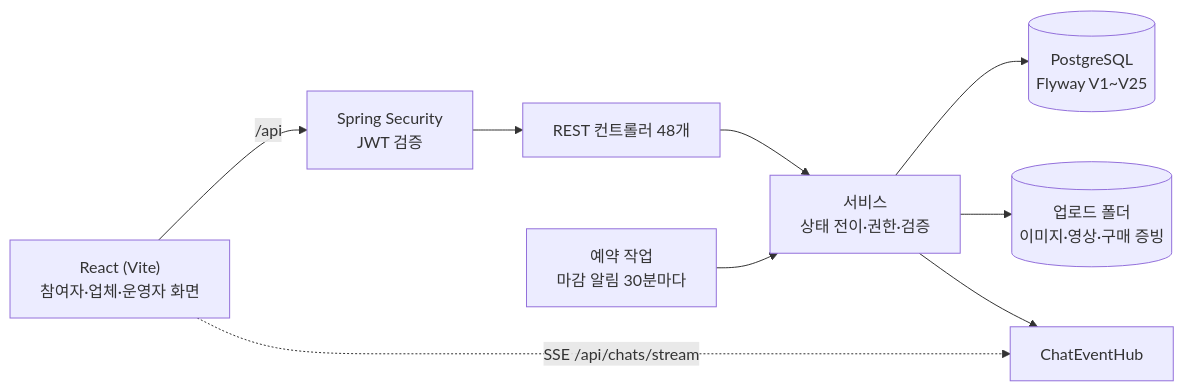
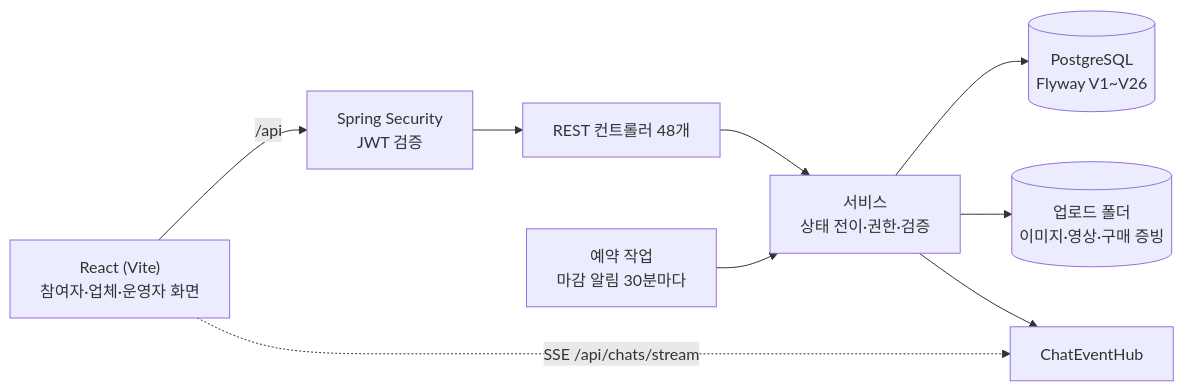
Before and after one commit to yoo-jin-k/movrit-backend: the first of 2 diagrams in README.md, drawn with Mermaid. The commit also changed other lines of this file and 14 other files, not shown here.

````diff
--- a/README.md
+++ b/README.md
@@ -74,10 +74,10 @@
 ```mermaid
 flowchart LR
   FE["React (Vite)<br/>참여자·업체·운영자 화면"] -- "/api" --> SEC["Spring Security<br/>JWT 검증"]
   FE -. "SSE /api/chats/stream" .-> CHAT["ChatEventHub"]
   SEC --> API["REST 컨트롤러 48개"] --> SVC["서비스<br/>상태 전이·권한·검증"]
-  SVC --> DB[("PostgreSQL<br/>Flyway V1~V25")]
+  SVC --> DB[("PostgreSQL<br/>Flyway V1~V26")]
   SVC --> FS[("업로드 폴더<br/>이미지·영상·구매 증빙")]
   SVC --> CHAT
   JOB["예약 작업<br/>마감 알림 30분마다"] --> SVC
 ```
````
